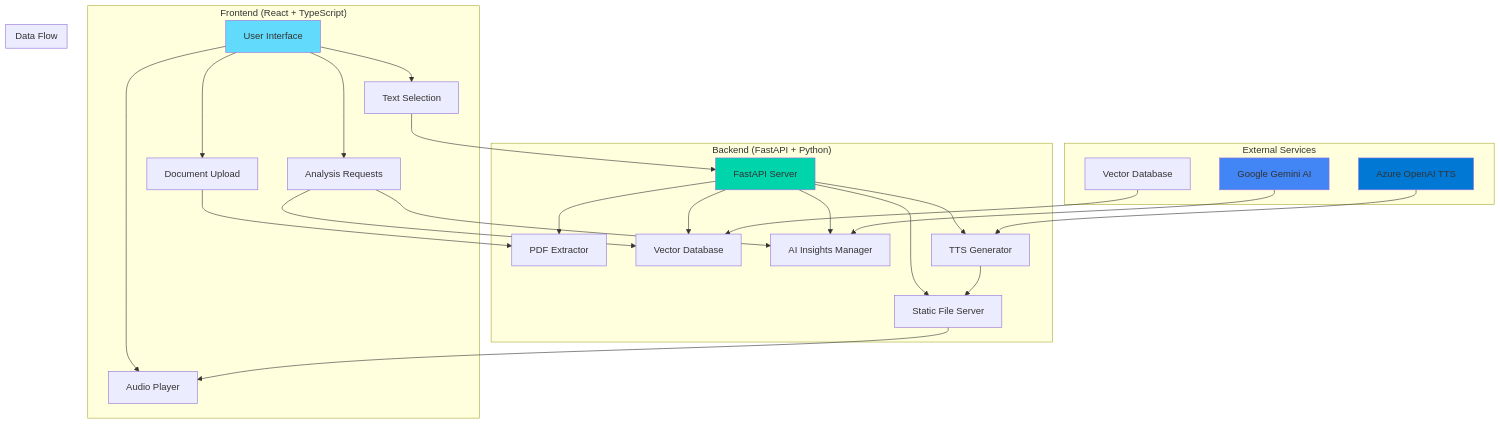
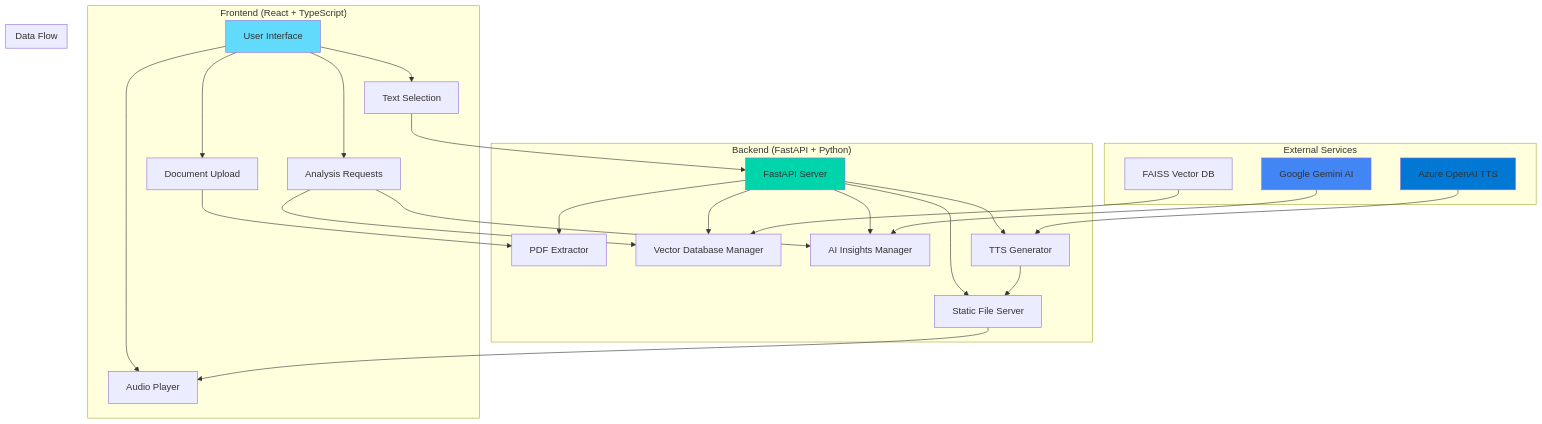
Before and after one commit to harshbhaskerwar28/Adobe-DocMind_AI-TeamX: the first of 2 diagrams in README.md, drawn with Mermaid. The commit also changed other lines of this file, not shown here.

````diff
--- a/README.md
+++ b/README.md
@@ -83,37 +85,37 @@
 ```mermaid
 graph TB
     subgraph "Frontend (React + TypeScript)"
         A[User Interface] --> B[Document Upload]
         A --> C[Text Selection]
         A --> D[Analysis Requests]
         A --> E[Audio Player]
     end
     
     subgraph "Backend (FastAPI + Python)"
         F[FastAPI Server] --> G[PDF Extractor]
-        F --> H[Vector Database]
+        F --> H[Vector Database Manager]
         F --> I[AI Insights Manager]
         F --> J[TTS Generator]
         F --> K[Static File Server]
     end
     
     subgraph "External Services"
         L[Google Gemini AI] --> I
         M[Azure OpenAI TTS] --> J
-        N[Vector Database] --> H
+        N[FAISS Vector DB] --> H
     end
     
     subgraph "Data Flow"
         B --> G
         C --> F
         D --> I
         D --> H
         J --> K
         K --> E
     end
     
     style A fill:#61dafb
     style F fill:#00d4aa
     style L fill:#4285f4
     style M fill:#0078d4
 ```
````
